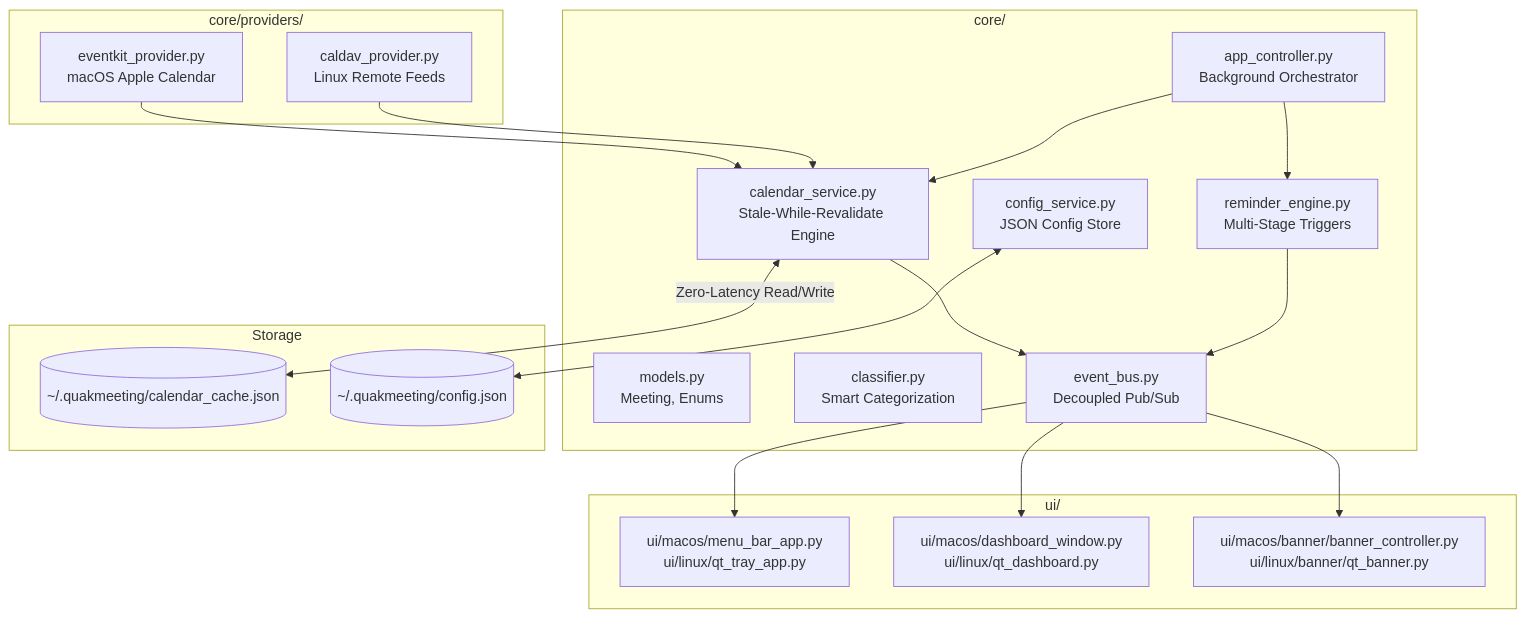
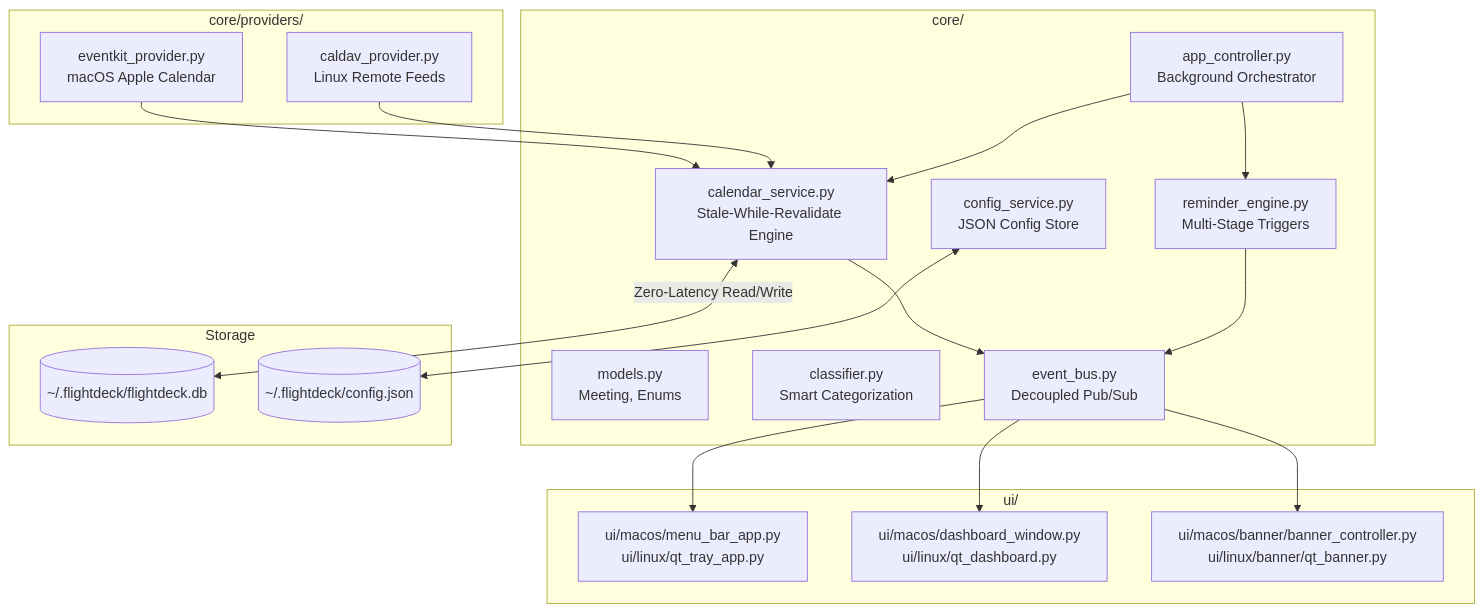
One commit to Antonino545/QuakMeeting changed the diagram in docs/ARCHITECTURE.md. Above: the diagram before and after it, drawn with Mermaid. The commit also changed other lines of this file and 29 other files, not shown here.

````diff
--- a/docs/ARCHITECTURE.md
+++ b/docs/ARCHITECTURE.md
@@ -14,42 +14,42 @@
 ```mermaid
 flowchart TD
     subgraph Providers [core/providers/]
         EventKit[eventkit_provider.py\nmacOS Apple Calendar]
         CalDAV[caldav_provider.py\nLinux Remote Feeds]
     end
 
     subgraph Domain & Services [core/]
         Models[models.py\nMeeting, Enums]
         Classifier[classifier.py\nSmart Categorization]
         CalService[calendar_service.py\nStale-While-Revalidate Engine]
         ConfigMgr[config_service.py\nJSON Config Store]
         EventBus[event_bus.py\nDecoupled Pub/Sub]
         AppCtrl[app_controller.py\nBackground Orchestrator]
         ReminderEngine[reminder_engine.py\nMulti-Stage Triggers]
     end
 
     subgraph Storage
-        DiskCache[(~/.quakmeeting/calendar_cache.json)]
-        ConfigStore[(~/.quakmeeting/config.json)]
+        DiskCache[(~/.flightdeck/flightdeck.db)]
+        ConfigStore[(~/.flightdeck/config.json)]
     end
 
     subgraph UI Package [ui/]
         Tray[ui/macos/menu_bar_app.py\nui/linux/qt_tray_app.py]
         Dashboard[ui/macos/dashboard_window.py\nui/linux/qt_dashboard.py]
         Banner[ui/macos/banner/banner_controller.py\nui/linux/banner/qt_banner.py]
     end
 
     EventKit --> CalService
     CalDAV --> CalService
     CalService <-->|Zero-Latency Read/Write| DiskCache
     ConfigMgr <--> ConfigStore
 
     CalService --> EventBus
     ReminderEngine --> EventBus
     EventBus --> Tray
     EventBus --> Dashboard
     EventBus --> Banner
 
     AppCtrl --> ReminderEngine
     AppCtrl --> CalService
 ```
````
